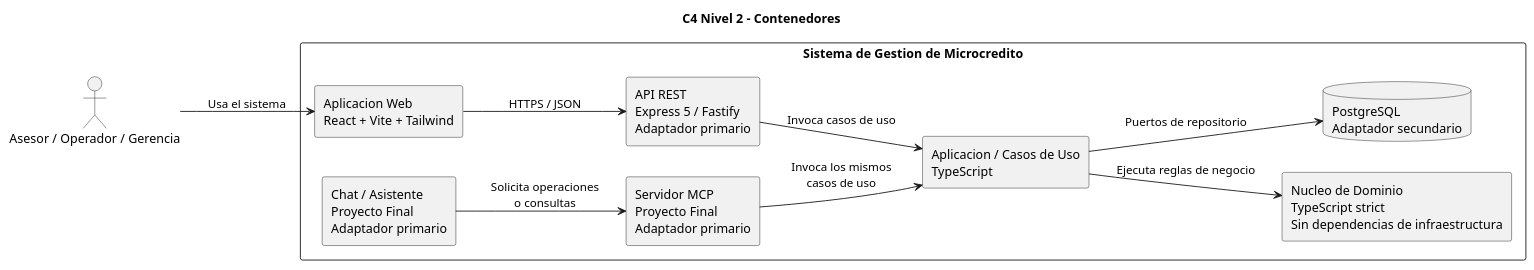
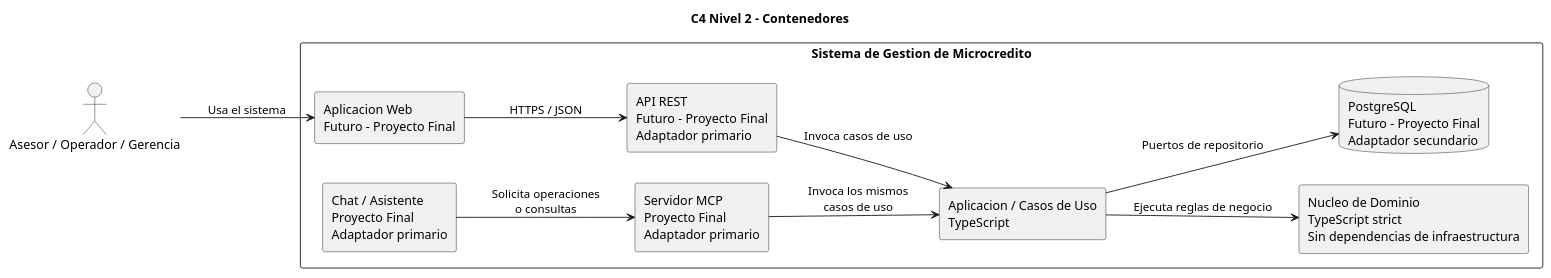
Before and after one commit to Willy4994/fintech-microcreditos-grupo01: the diagram in docs/diagramas/c4/nivel2-contenedores.puml, drawn with PlantUML. The commit also changed 22 other files, not shown here.

Commit message:
Se corrigieron test y UML

```diff
--- a/docs/diagramas/c4/nivel2-contenedores.puml
+++ b/docs/diagramas/c4/nivel2-contenedores.puml
@@ -1,40 +1,40 @@
 @startuml
 title C4 Nivel 2 - Contenedores
 
 skinparam shadowing false
 left to right direction
 
 actor "Asesor / Operador / Gerencia" as Usuario
 
 rectangle "Sistema de Gestion de Microcredito" {
 
-    rectangle "Aplicacion Web\nReact + Vite + Tailwind" as WebApp
+    rectangle "Aplicacion Web\nFuturo - Proyecto Final" as WebApp
 
-    rectangle "API REST\nExpress 5 / Fastify\nAdaptador primario" as API
+    rectangle "API REST\nFuturo - Proyecto Final\nAdaptador primario" as API
 
     rectangle "Aplicacion / Casos de Uso\nTypeScript" as Aplicacion
 
     rectangle "Nucleo de Dominio\nTypeScript strict\nSin dependencias de infraestructura" as Dominio
 
-    database "PostgreSQL\nAdaptador secundario" as DB
+    database "PostgreSQL\nFuturo - Proyecto Final\nAdaptador secundario" as DB
 
     rectangle "Servidor MCP\nProyecto Final\nAdaptador primario" as MCP
 
     rectangle "Chat / Asistente\nProyecto Final\nAdaptador primario" as Chat
 }
 
 Usuario --> WebApp : Usa el sistema
 
 WebApp --> API : HTTPS / JSON
 
 API --> Aplicacion : Invoca casos de uso
 
 Aplicacion --> Dominio : Ejecuta reglas de negocio
 
 Aplicacion --> DB : Puertos de repositorio
 
 MCP --> Aplicacion : Invoca los mismos\ncasos de uso
 
 Chat --> MCP : Solicita operaciones\no consultas
 
 @enduml
```
